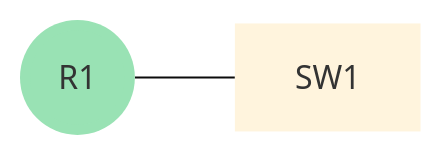
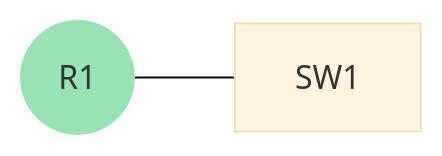
One commit to DenDanskeMine/Retype changed the first of 2 diagrams in index.md. Above: the diagram before and after it, drawn with Mermaid (base theme). The commit also changed 5 other files, not shown here.

````diff
--- a/index.md
+++ b/index.md
@@ -29,6 +29,5 @@
 ```mermaid
 flowchart LR
 	1((("&nbsp;R1&nbsp;"))) --- 2["SW1"]
 	style 1 fill:#99e2b4,stroke-width: 0px
-	style 2 stroke-width: 0px
 ```
````
